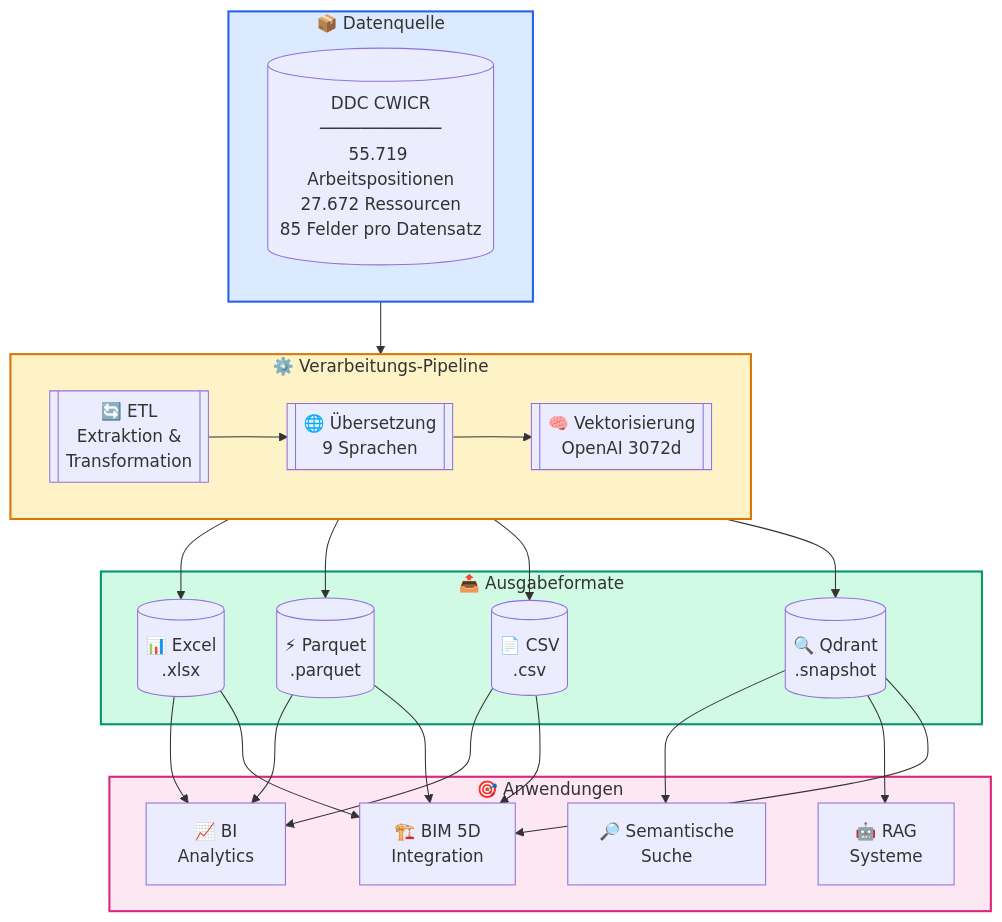
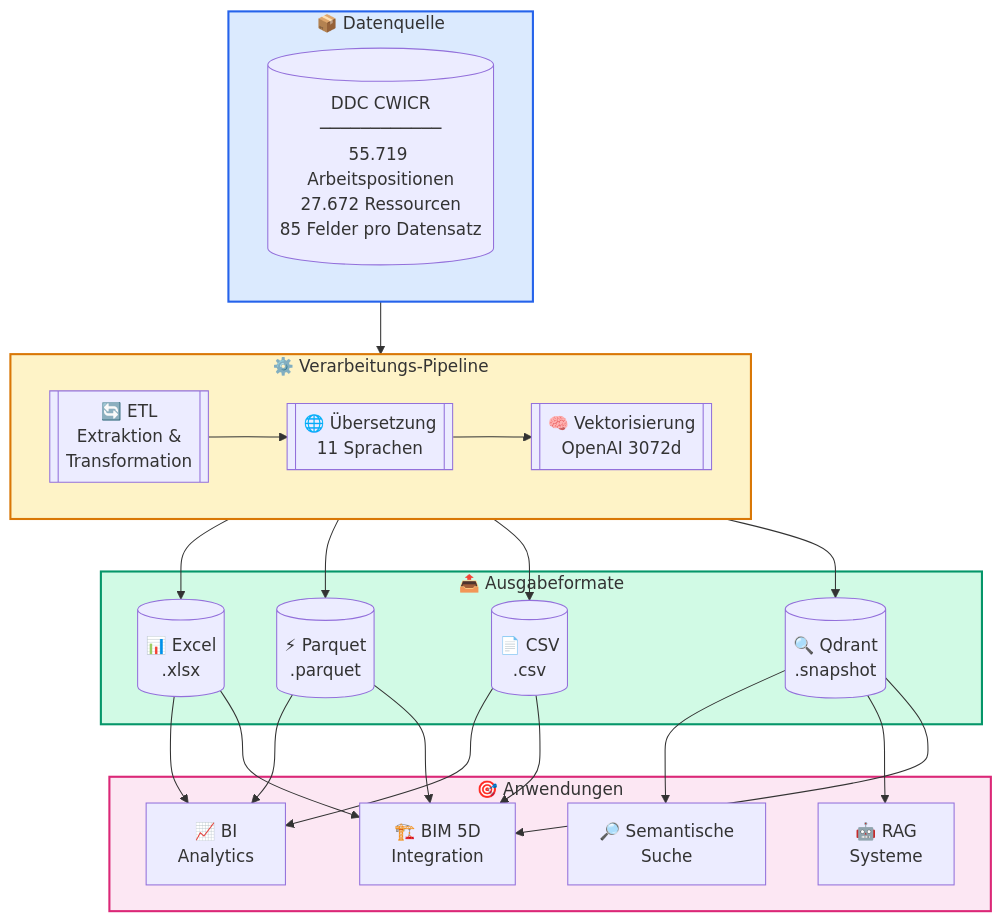
One commit to ehtick/OpenConstructionEstimate-DDC-CWICR changed the second of 6 diagrams in README.de.md. Above: the diagram before and after it, drawn with Mermaid. The commit also changed other lines of this file and 81 other files, not shown here.

````diff
--- a/README.de.md
+++ b/README.de.md
@@ -580,38 +580,38 @@
 ```mermaid
 flowchart TB
     subgraph Source["📦 Datenquelle"]
         CWICR[(DDC CWICR<br/>────────────<br/>55.719 Arbeitspositionen<br/>27.672 Ressourcen<br/>85 Felder pro Datensatz)]
     end
 
     subgraph Processing["⚙️ Verarbeitungs-Pipeline"]
         direction LR
         ETL[["🔄 ETL<br/>Extraktion &<br/>Transformation"]]
-        TRANS[["🌐 Übersetzung<br/>9 Sprachen"]]
+        TRANS[["🌐 Übersetzung<br/>11 Sprachen"]]
         EMBED[["🧠 Vektorisierung<br/>OpenAI 3072d"]]
         ETL --> TRANS --> EMBED
     end
 
     subgraph Outputs["📤 Ausgabeformate"]
         XLSX[("📊 Excel<br/>.xlsx")]
         PARQUET[("⚡ Parquet<br/>.parquet")]
         CSV[("📄 CSV<br/>.csv")]
         QDRANT[("🔍 Qdrant<br/>.snapshot")]
     end
 
     subgraph Apps["🎯 Anwendungen"]
         SEARCH["🔎 Semantische<br/>Suche"]
         BIM["🏗️ BIM 5D<br/>Integration"]
         RAG["🤖 RAG<br/>Systeme"]
         BI["📈 BI<br/>Analytics"]
     end
 
     Source --> Processing
     Processing --> XLSX & PARQUET & CSV & QDRANT
     XLSX & PARQUET & CSV --> BI & BIM
     QDRANT --> SEARCH & RAG & BIM
 
     style Source fill:#dbeafe,stroke:#2563eb,stroke-width:2px
     style Processing fill:#fef3c7,stroke:#d97706,stroke-width:2px
     style Outputs fill:#d1fae5,stroke:#059669,stroke-width:2px
     style Apps fill:#fce7f3,stroke:#db2777,stroke-width:2px
 ```
````
